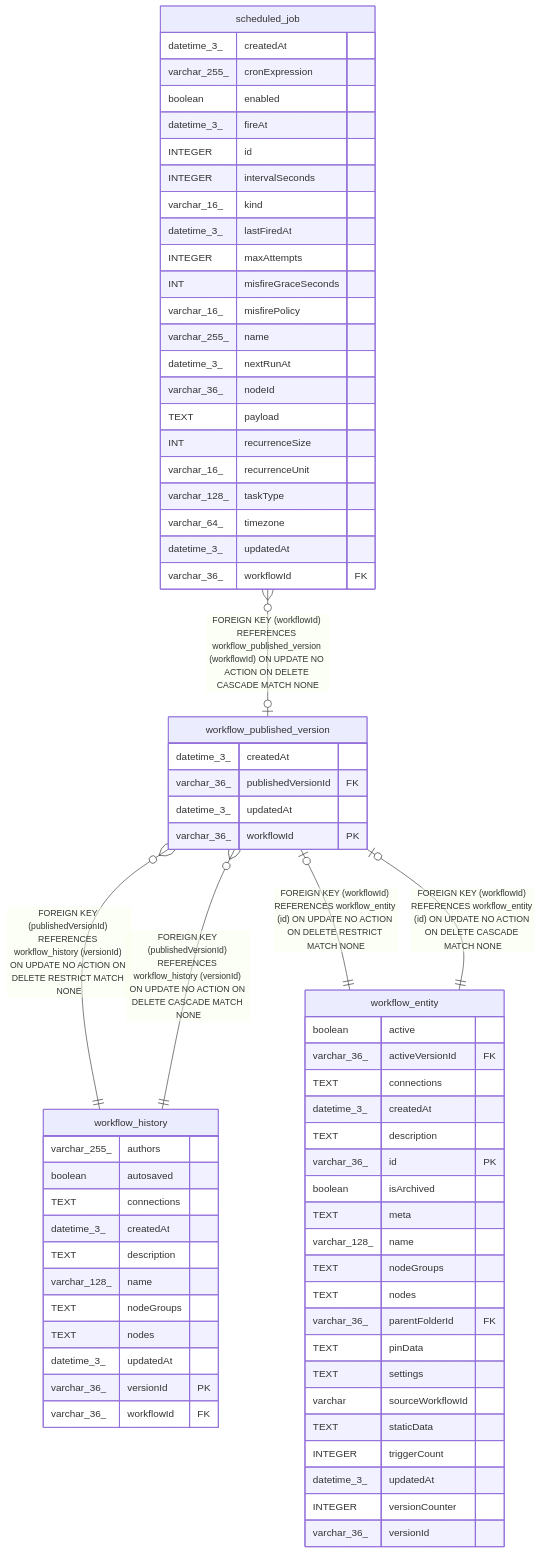
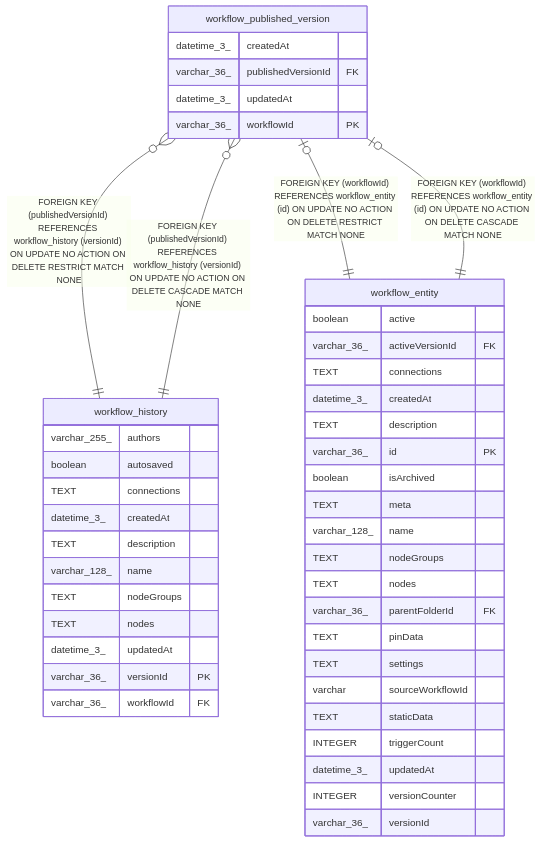
The diagram in docs/generated/sqlite-schema/workflow_published_version.md (RukshanAmodya/Aethera), drawn with Mermaid before and after one commit. The commit also changed other lines of this file and 1982 other files, not shown here.

````diff
--- a/docs/generated/sqlite-schema/workflow_published_version.md
+++ b/docs/generated/sqlite-schema/workflow_published_version.md
@@ -42,74 +42,50 @@
 ```mermaid
 erDiagram
 
 "workflow_published_version" }o--|| "workflow_history" : "FOREIGN KEY (publishedVersionId) REFERENCES workflow_history (versionId) ON UPDATE NO ACTION ON DELETE RESTRICT MATCH NONE"
 "workflow_published_version" }o--|| "workflow_history" : "FOREIGN KEY (publishedVersionId) REFERENCES workflow_history (versionId) ON UPDATE NO ACTION ON DELETE CASCADE MATCH NONE"
 "workflow_published_version" |o--|| "workflow_entity" : "FOREIGN KEY (workflowId) REFERENCES workflow_entity (id) ON UPDATE NO ACTION ON DELETE RESTRICT MATCH NONE"
 "workflow_published_version" |o--|| "workflow_entity" : "FOREIGN KEY (workflowId) REFERENCES workflow_entity (id) ON UPDATE NO ACTION ON DELETE CASCADE MATCH NONE"
-"scheduled_job" }o--o| "workflow_published_version" : "FOREIGN KEY (workflowId) REFERENCES workflow_published_version (workflowId) ON UPDATE NO ACTION ON DELETE CASCADE MATCH NONE"
 
 "workflow_published_version" {
   datetime_3_ createdAt
   varchar_36_ publishedVersionId FK
   datetime_3_ updatedAt
   varchar_36_ workflowId PK
 }
 "workflow_history" {
   varchar_255_ authors
   boolean autosaved
   TEXT connections
   datetime_3_ createdAt
   TEXT description
   varchar_128_ name
   TEXT nodeGroups
   TEXT nodes
   datetime_3_ updatedAt
   varchar_36_ versionId PK
   varchar_36_ workflowId FK
 }
 "workflow_entity" {
   boolean active
   varchar_36_ activeVersionId FK
   TEXT connections
   datetime_3_ createdAt
   TEXT description
   varchar_36_ id PK
   boolean isArchived
   TEXT meta
   varchar_128_ name
   TEXT nodeGroups
   TEXT nodes
   varchar_36_ parentFolderId FK
   TEXT pinData
   TEXT settings
   varchar sourceWorkflowId
   TEXT staticData
   INTEGER triggerCount
   datetime_3_ updatedAt
   INTEGER versionCounter
   varchar_36_ versionId
 }
-"scheduled_job" {
-  datetime_3_ createdAt
-  varchar_255_ cronExpression
-  boolean enabled
-  datetime_3_ fireAt
-  INTEGER id
-  INTEGER intervalSeconds
-  varchar_16_ kind
-  datetime_3_ lastFiredAt
-  INTEGER maxAttempts
-  INT misfireGraceSeconds
-  varchar_16_ misfirePolicy
-  varchar_255_ name
-  datetime_3_ nextRunAt
-  varchar_36_ nodeId
-  TEXT payload
-  INT recurrenceSize
-  varchar_16_ recurrenceUnit
-  varchar_128_ taskType
-  varchar_64_ timezone
-  datetime_3_ updatedAt
-  varchar_36_ workflowId FK
-}
 ```
````
